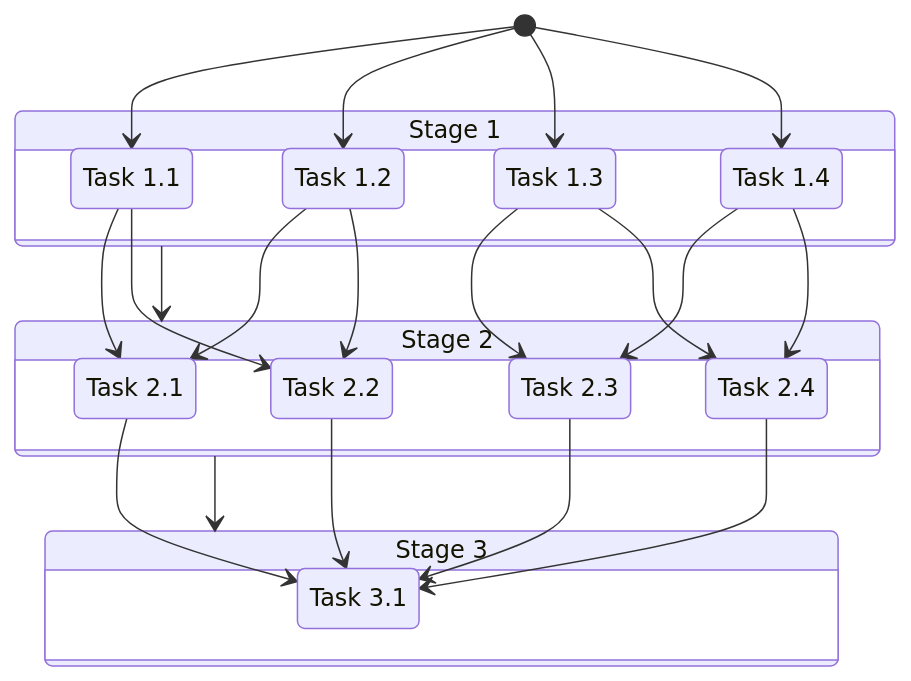
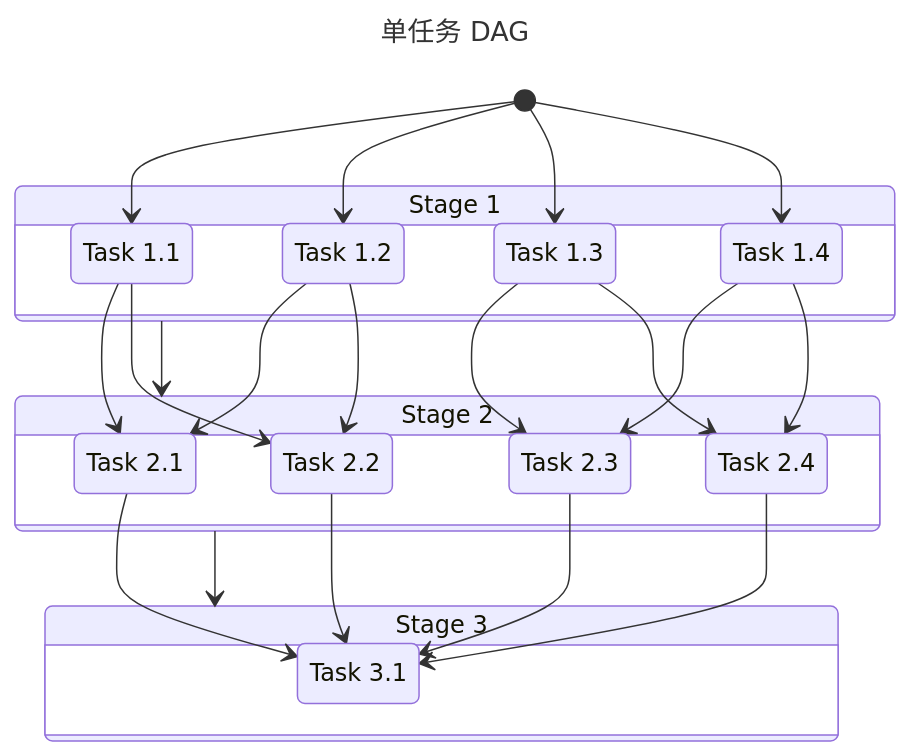
Before and after one commit to 0xcaffebabe/note: the sixth of 17 diagrams in doc/数据技术/数据处理.md, drawn with Mermaid. The commit also changed other lines of this file, not shown here.

````diff
--- a/doc/数据技术/数据处理.md
+++ b/doc/数据技术/数据处理.md
@@ -98,42 +100,45 @@
 ```mermaid
+---
+title: 单任务 DAG
+---
 stateDiagram
     [*] --> Stage1Task1
     [*] --> Stage1Task2
     [*] --> Stage1Task3
     [*] --> Stage1Task4
 
     Stage1Task1 --> Stage2Task1
     Stage1Task1 --> Stage2Task2
     Stage1Task2 --> Stage2Task1
     Stage1Task2 --> Stage2Task2
     Stage1Task3 --> Stage2Task3
     Stage1Task3 --> Stage2Task4
     Stage1Task4 --> Stage2Task3
     Stage1Task4 --> Stage2Task4
 
     Stage2Task1 --> Stage3Task1
     Stage2Task2 --> Stage3Task1
     Stage2Task3 --> Stage3Task1
     Stage2Task4 --> Stage3Task1
 
     state "Stage 1" as Stage1 {
         Stage1Task1: Task 1.1
         Stage1Task2: Task 1.2
         Stage1Task3: Task 1.3
         Stage1Task4: Task 1.4
     }
 
     state "Stage 2" as Stage2 {
         Stage2Task1: Task 2.1
         Stage2Task2: Task 2.2
         Stage2Task3: Task 2.3
         Stage2Task4: Task 2.4
     }
 
     state "Stage 3" as Stage3 {
         Stage3Task1: Task 3.1
     }
 
     Stage1 --> Stage2
     Stage2 --> Stage3
 ```
````
